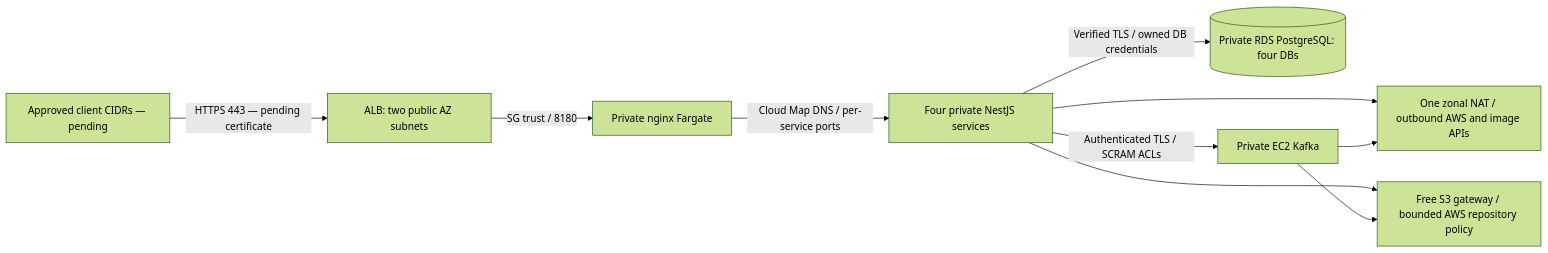
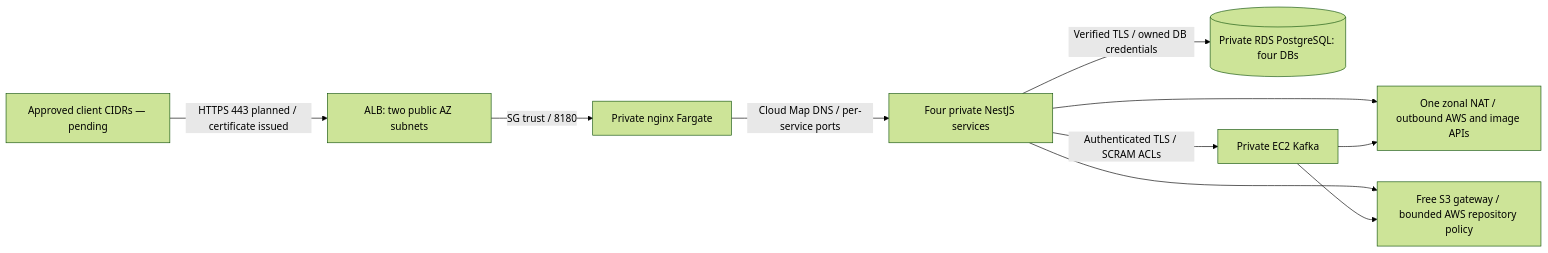
One commit to robertovalencia/linked-in-node-and-aws changed the diagram in docs/aws-ecs-dev.md. Above: the diagram before and after it, drawn with Mermaid (forest theme). The commit also changed other lines of this file and 8 other files, not shown here.

````diff
--- a/docs/aws-ecs-dev.md
+++ b/docs/aws-ecs-dev.md
@@ -9,10 +9,10 @@
 ```mermaid
 flowchart LR
-  C[Approved client CIDRs — pending] -->|HTTPS 443 — pending certificate| A[ALB: two public AZ subnets]
+  C[Approved client CIDRs — pending] -->|HTTPS 443 planned / certificate issued| A[ALB: two public AZ subnets]
   A -->|SG trust / 8180| F[Private nginx Fargate]
   F -->|Cloud Map DNS / per-service ports| S[Four private NestJS services]
   S -->|Verified TLS / owned DB credentials| D[(Private RDS PostgreSQL: four DBs)]
   S -->|Authenticated TLS / SCRAM ACLs| K[Private EC2 Kafka]
   S & K --> N[One zonal NAT / outbound AWS and image APIs]
   S & K --> G[Free S3 gateway / bounded AWS repository policy]
 ```
````
